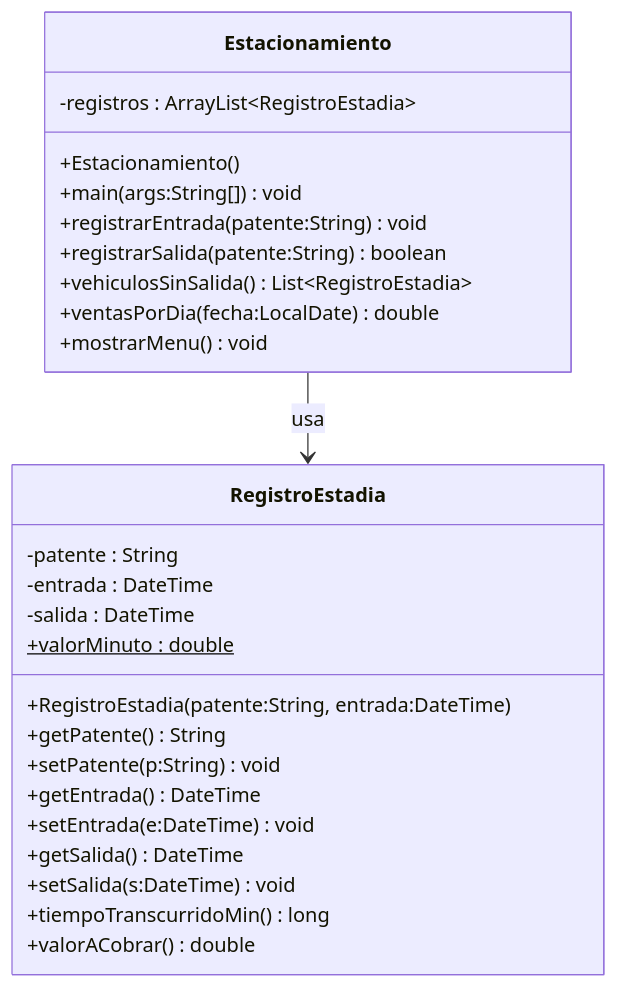
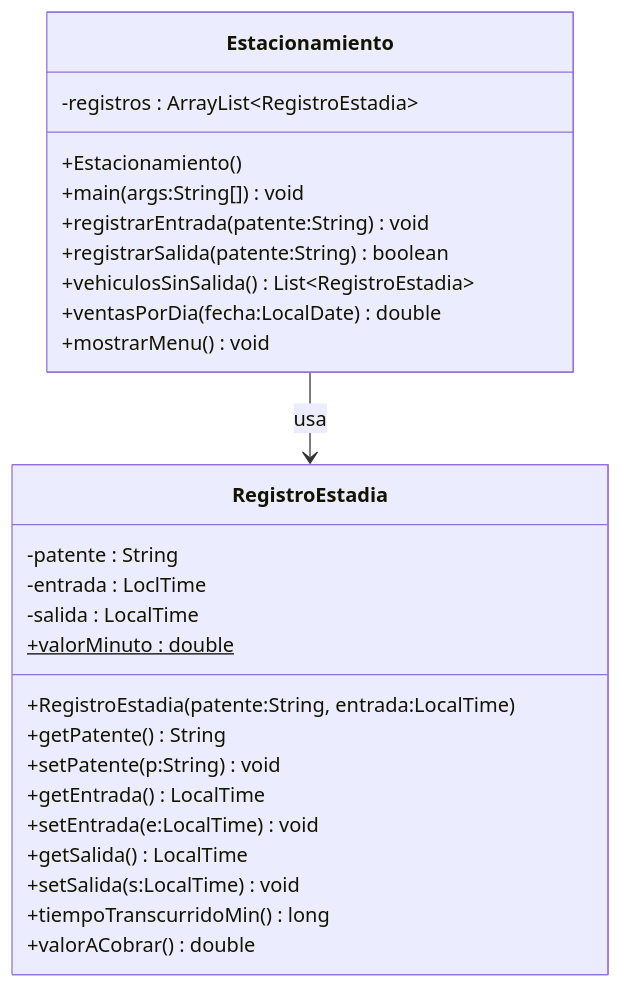
Before and after one commit to miguelubb/poo2025-2: the diagram in src/ejemplos/semana02/estacionamiento/sistema_estacionamiento.md, drawn with Mermaid. The commit also changed other lines of this file and 3 other files, not shown here.

````diff
--- a/src/ejemplos/semana02/estacionamiento/sistema_estacionamiento.md
+++ b/src/ejemplos/semana02/estacionamiento/sistema_estacionamiento.md
@@ -19,33 +19,33 @@
 ```mermaid
 classDiagram
     direction TB
 
     class RegistroEstadia {
         -patente : String
-        -entrada : DateTime
-        -salida  : DateTime
+        -entrada : LoclTime
+        -salida  : LocalTime
         +valorMinuto : double$
-        +RegistroEstadia(patente:String, entrada:DateTime)
+        +RegistroEstadia(patente:String, entrada:LocalTime)
         +getPatente() String
         +setPatente(p:String) void
-        +getEntrada() DateTime
-        +setEntrada(e:DateTime) void
-        +getSalida() DateTime
-        +setSalida(s:DateTime) void
+        +getEntrada() LocalTime
+        +setEntrada(e:LocalTime) void
+        +getSalida() LocalTime
+        +setSalida(s:LocalTime) void
         +tiempoTranscurridoMin() long
         +valorACobrar() double
     }
 
     class Estacionamiento {
         -registros : ArrayList~RegistroEstadia~
         +Estacionamiento()
         +main(args:String[]) void
         +registrarEntrada(patente:String) void
         +registrarSalida(patente:String) boolean
         +vehiculosSinSalida() List~RegistroEstadia~
         +ventasPorDia(fecha:LocalDate) double
         +mostrarMenu() void
     }
 
     Estacionamiento "" --> "" RegistroEstadia : usa
 ```
````
